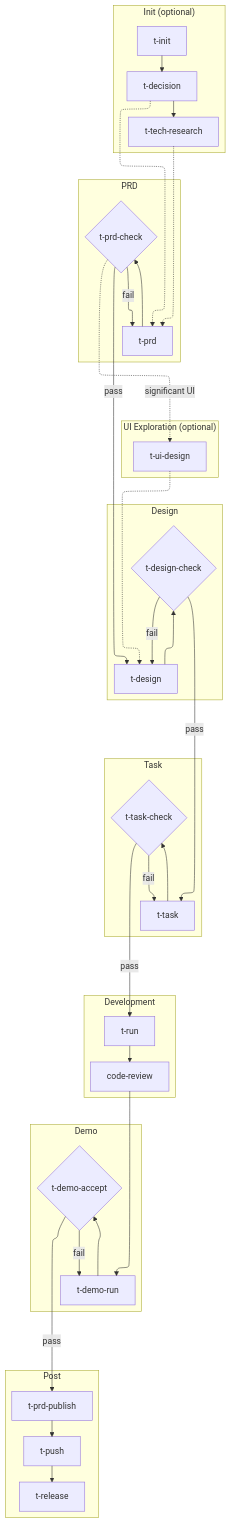
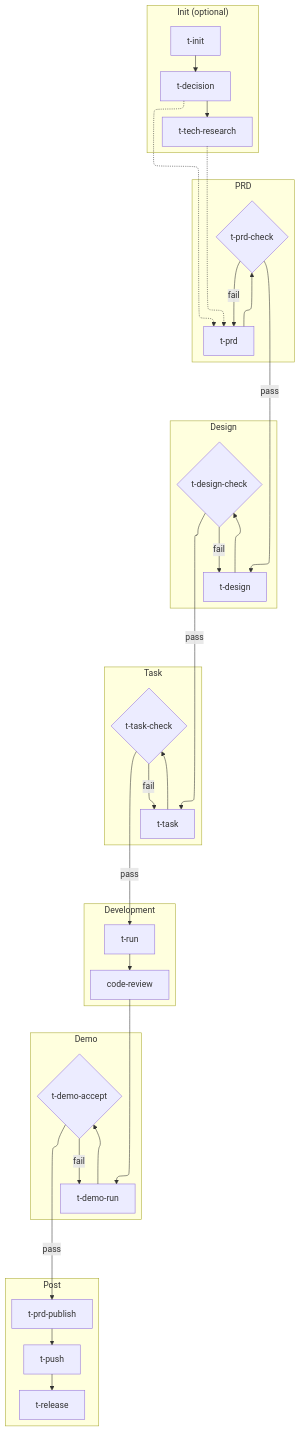
Before and after one commit to timzaak/web-dev-skills: the diagram in README.en.md, drawn with Mermaid. The commit also changed other lines of this file and 9 other files, not shown here.

````diff
--- a/README.en.md
+++ b/README.en.md
@@ -89,50 +85,44 @@
 ```mermaid
 %%{init: {'flowchart': {'defaultRenderer': 'elk'}}}%%
 flowchart TD
     subgraph Init["Init (optional)"]
         direction LR
         A1["t-init"] --> A2["t-decision"] --> A3["t-tech-research"]
     end
 
     subgraph PRD["PRD"]
         B1["t-prd"] --> B2{"t-prd-check"}
         B2 -->|fail| B1
-    end
-
-    subgraph UI["UI Exploration (optional)"]
-        U1["t-ui-design"]
     end
 
     subgraph Design["Design"]
         C1["t-design"] --> C2{"t-design-check"}
         C2 -->|fail| C1
     end
 
     subgraph Task["Task"]
         D1["t-task"] --> D2{"t-task-check"}
         D2 -->|fail| D1
     end
 
     subgraph Dev["Development"]
         E1["t-run"] --> E2["code-review"]
     end
 
     subgraph Demo["Demo"]
         F1["t-demo-run"] --> F2{"t-demo-accept"}
         F2 -->|fail| F1
     end
 
     subgraph Post["Post"]
         G1["t-prd-publish"] --> G2["t-push"] --> G3["t-release"]
     end
 
     A2 -.-> B1
     A3 -.-> B1
     B2 -->|pass| C1
-    B2 -.->|significant UI| U1
-    U1 -.-> C1
     C2 -->|pass| D1
     D2 -->|pass| E1
     E2 --> F1
     F2 -->|pass| G1
 ```
````
